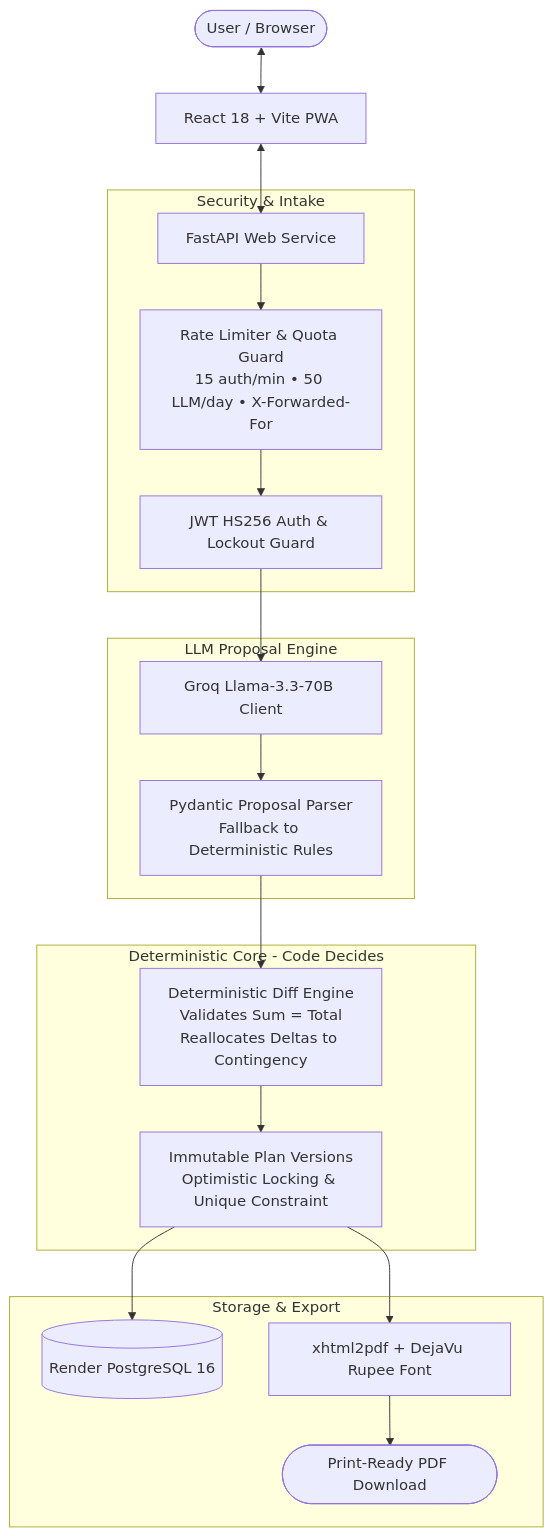
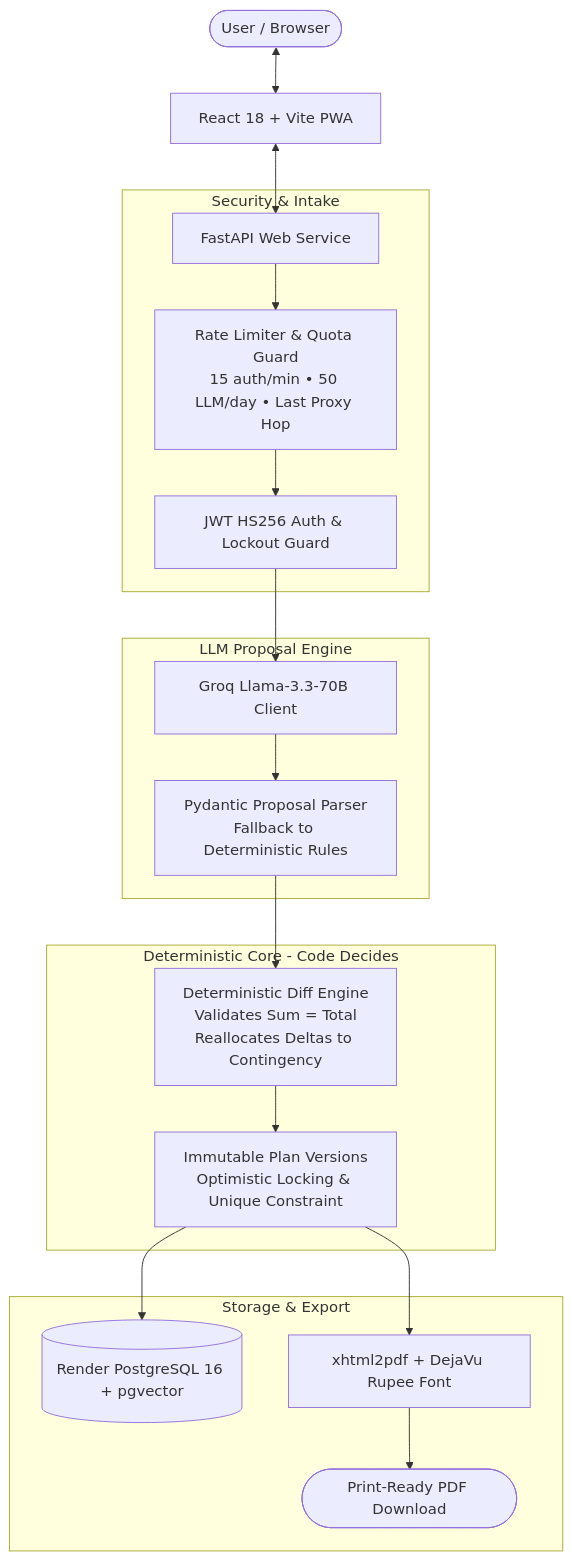
The diagram in README.md (11DDBOY11/Festiva), drawn with Mermaid before and after one commit. The commit also changed other lines of this file and 5 other files, not shown here.

Commit message:
fix: last proxy hop rate limiting, axe contrast fixes, pgvector and deploy clarifications

````diff
--- a/README.md
+++ b/README.md
@@ -34,26 +34,26 @@
 ```mermaid
 flowchart TD
     User([User / Browser]) <--> Frontend[React 18 + Vite PWA]
     Frontend <--> API[FastAPI Web Service]
 
     subgraph Security & Intake
-        API --> RateLimiter[Rate Limiter & Quota Guard\n15 auth/min • 50 LLM/day • X-Forwarded-For]
+        API --> RateLimiter[Rate Limiter & Quota Guard\n15 auth/min • 50 LLM/day • Last Proxy Hop]
         RateLimiter --> Auth[JWT HS256 Auth & Lockout Guard]
     end
 
     subgraph LLM Proposal Engine
         Auth --> LLM[Groq Llama-3.3-70B Client]
         LLM --> Parser[Pydantic Proposal Parser\nFallback to Deterministic Rules]
     end
 
     subgraph Deterministic Core - Code Decides
         Parser --> DiffEngine[Deterministic Diff Engine\nValidates Sum = Total\nReallocates Deltas to Contingency]
         DiffEngine --> VersionControl[Immutable Plan Versions\nOptimistic Locking & Unique Constraint]
     end
 
     subgraph Storage & Export
-        VersionControl --> DB[(Render PostgreSQL 16)]
+        VersionControl --> DB[(Render PostgreSQL 16 + pgvector)]
         VersionControl --> PDFGen[xhtml2pdf + DejaVu Rupee Font]
         PDFGen --> ExportPDF([Print-Ready PDF Download])
     end
 ```
````
